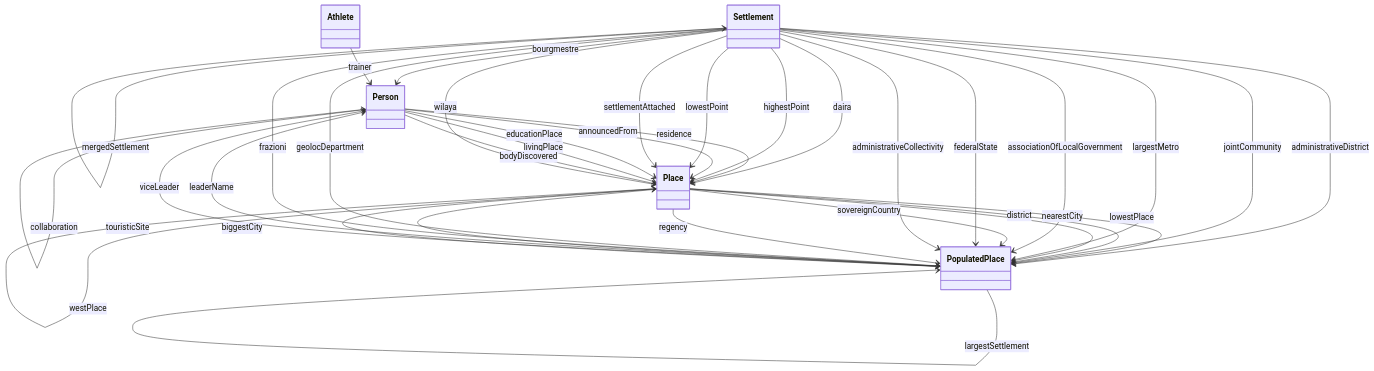
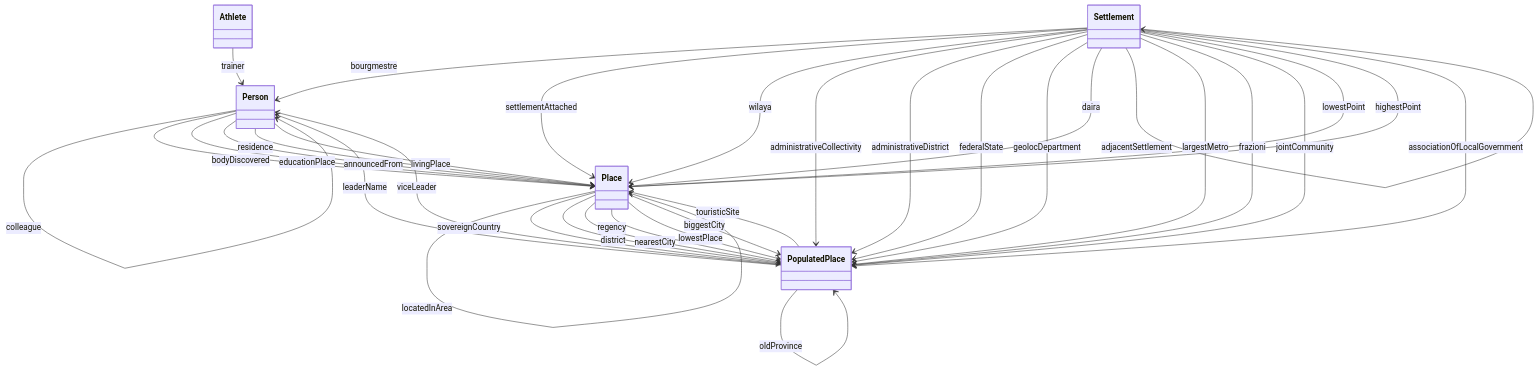
The diagram in output/Top_in_lov/dbpedia.owl-title-5.md (oeg-upm/Devos), drawn with Mermaid before and after one commit. The commit also changed 295 other files, not shown here.

````diff
--- a/output/Top_in_lov/dbpedia.owl-title-5.md
+++ b/output/Top_in_lov/dbpedia.owl-title-5.md
@@ -24,163 +24,162 @@
 
 
 
-Person  --> Person   :cousurper  
+Person  --> Person   :seiyu  
+
+Place  --> Place   :supply  
+
+Person  --> Person   :collaboration  
+
+Person  --> Person   :opponent  
+
+Settlement  --> Person   :bourgmestre  
+
+Person  --> Person   :usurper  
+
+PopulatedPlace  --> PopulatedPlace   :largestSettlement  
+
+Settlement  --> Place   :settlementAttached  
+
+Place  --> Place   :westPlace  
+
+Settlement  --> Place   :wilaya  
+
+Place  --> Place   :southWestPlace  
+
+Settlement  --> PopulatedPlace   :administrativeCollectivity  
+
+Person  --> Person   :copilote  
+
+PopulatedPlace  --> Person   :leaderName  
+
+Person  --> Place   :bodyDiscovered  
+
+Person  --> Person   :spouse  
+
+Place  --> PopulatedPlace   :sovereignCountry  
+
+Person  --> Person   :child  
+
+Person  --> Person   :parent  
+
+Person  --> Person   :sibling  
 
 Settlement  --> PopulatedPlace   :administrativeDistrict  
 
+Place  --> Place   :northWestPlace  
+
+Place  --> Place   :northEastPlace  
+
+Place  --> PopulatedPlace   :district  
+
+PopulatedPlace  --> PopulatedPlace   :borough  
+
+Place  --> Place   :hasOutsidePlace  
+
+Person  --> Place   :educationPlace  
+
+Place  --> PopulatedPlace   :nearestCity  
+
+Place  --> Place   :hasInsidePlace  
+
+Person  --> Person   :friend  
+
+PopulatedPlace  --> Place   :touristicSite  
+
+Place  --> Place   :eastPlace  
+
+Person  --> Person   :dubber  
+
+PopulatedPlace  --> PopulatedPlace   :oldDistrict  
+
+PopulatedPlace  --> PopulatedPlace   :sheading  
+
+Place  --> Place   :previousEntity  
+
+Place  --> Place   :endPoint  
+
+Person  --> Person   :detractor  
+
+Place  --> PopulatedPlace   :regency  
+
 Place  --> PopulatedPlace   :lowestPlace  
 
-Person  --> Person   :child  
+Place  --> Place   :subregion  
 
-Settlement  --> Settlement   :canton  
+Settlement  --> PopulatedPlace   :federalState  
 
-Person  --> Person   :seiyu  
-
-Person  --> Person   :opponent  
-
-PopulatedPlace  --> Person   :leaderName  
-
-Settlement  --> Person   :bourgmestre  
+PopulatedPlace  --> PopulatedPlace   :principalArea  
 
 PopulatedPlace  --> Person   :viceLeader  
 
-Settlement  --> PopulatedPlace   :jointCommunity  
+PopulatedPlace  --> PopulatedPlace   :ceremonialCounty  
 
-Place  --> PopulatedPlace   :nearestCity  
+Place  --> Place   :mainIsland  
 
-Person  --> Person   :relation  
+Settlement  --> PopulatedPlace   :geolocDepartment  
 
-Settlement  --> Settlement   :adjacentSettlement  
+Person  --> Place   :announcedFrom  
 
-Person  --> Person   :spouse  
+PopulatedPlace  --> PopulatedPlace   :lieutenancyArea  
 
-Place  --> Place   :previousEntity  
-
-Person  --> Person   :sibling  
-
-Person  --> Person   :dubber  
-
-Place  --> Place   :eastPlace  
-
-PopulatedPlace  --> Place   :touristicSite  
-
-Person  --> Person   :parent  
+PopulatedPlace  --> PopulatedPlace   :arrondissement  
 
 Settlement  --> Place   :daira  
 
-PopulatedPlace  --> PopulatedPlace   :lieutenancyArea  
+Settlement  --> Settlement   :mergedSettlement  
 
-Place  --> Place   :northEastPlace  
+Person  --> Person   :relative  
 
-Athlete  --> Person   :trainer  
-
-Person  --> Person   :friend  
-
-PopulatedPlace  --> PopulatedPlace   :neighboringMunicipality  
-
-Person  --> Person   :copilote  
-
-Place  --> PopulatedPlace   :district  
-
-PopulatedPlace  --> PopulatedPlace   :ceremonialCounty  
-
-Person  --> Person   :usurper  
-
-PopulatedPlace  --> PopulatedPlace   :sheading  
-
-Place  --> Place   :northPlace  
-
-PopulatedPlace  --> PopulatedPlace   :oldProvince  
+Settlement  --> Settlement   :canton  
 
 Person  --> Place   :residence  
 
 Settlement  --> PopulatedPlace   :largestMetro  
 
-Place  --> Place   :nextEntity  
+Settlement  --> PopulatedPlace   :frazioni  
 
-Place  --> Place   :supply  
+Settlement  --> PopulatedPlace   :jointCommunity  
+
+Person  --> Place   :livingPlace  
+
+Person  --> Person   :student  
+
+PopulatedPlace  --> PopulatedPlace   :neighboringMunicipality  
+
+Person  --> Person   :relation  
+
+Settlement  --> Place   :lowestPoint  
 
 Settlement  --> Settlement   :twinTown  
 
-Settlement  --> PopulatedPlace   :associationOfLocalGovernment  
+Place  --> Place   :northPlace  
 
-PopulatedPlace  --> PopulatedPlace   :borough  
+Place  --> PopulatedPlace   :biggestCity  
 
-Place  --> Place   :northWestPlace  
+Place  --> Place   :land  
+
+Person  --> Person   :cousurper  
+
+Place  --> Place   :closeTo  
+
+PopulatedPlace  --> PopulatedPlace   :largestCity  
+
+Place  --> Place   :southEastPlace  
+
+PopulatedPlace  --> PopulatedPlace   :oldProvince  
+
+Athlete  --> Person   :trainer  
+
+Settlement  --> Settlement   :adjacentSettlement  
 
 Settlement  --> Place   :highestPoint  
 
-PopulatedPlace  --> PopulatedPlace   :principalArea  
+Place  --> Place   :nextEntity  
 
-Person  --> Place   :announcedFrom  
-
-Place  --> PopulatedPlace   :sovereignCountry  
-
-Place  --> Place   :subregion  
-
-Settlement  --> PopulatedPlace   :federalState  
-
-PopulatedPlace  --> PopulatedPlace   :arrondissement  
-
-PopulatedPlace  --> PopulatedPlace   :oldDistrict  
-
-PopulatedPlace  --> PopulatedPlace   :largestCity  
-
-Settlement  --> PopulatedPlace   :administrativeCollectivity  
-
-Place  --> Place   :land  
-
-Settlement  --> Place   :lowestPoint  
+Settlement  --> PopulatedPlace   :associationOfLocalGovernment  
 
 Person  --> Person   :colleague  
 
-Place  --> Place   :hasInsidePlace  
-
-Place  --> PopulatedPlace   :regency  
-
-Settlement  --> Settlement   :mergedSettlement  
-
-Place  --> Place   :southEastPlace  
-
-Settlement  --> Place   :settlementAttached  
-
-Settlement  --> PopulatedPlace   :geolocDepartment  
-
-Place  --> Place   :mainIsland  
-
-Place  --> Place   :hasOutsidePlace  
-
-Person  --> Place   :educationPlace  
-
-Person  --> Place   :livingPlace  
-
-Person  --> Person   :relative  
-
-Place  --> Place   :closeTo  
-
-Person  --> Place   :bodyDiscovered  
-
-Place  --> Place   :endPoint  
-
-Person  --> Person   :detractor  
-
-Person  --> Person   :student  
-
-Place  --> Place   :southWestPlace  
-
-Settlement  --> PopulatedPlace   :frazioni  
-
 Place  --> Place   :locatedInArea  
 
-Place  --> PopulatedPlace   :biggestCity  
-
-PopulatedPlace  --> PopulatedPlace   :largestSettlement  
-
-Place  --> Place   :westPlace  
-
-Person  --> Person   :collaboration  
-
-Settlement  --> Place   :wilaya  
-
-
 ```
````
